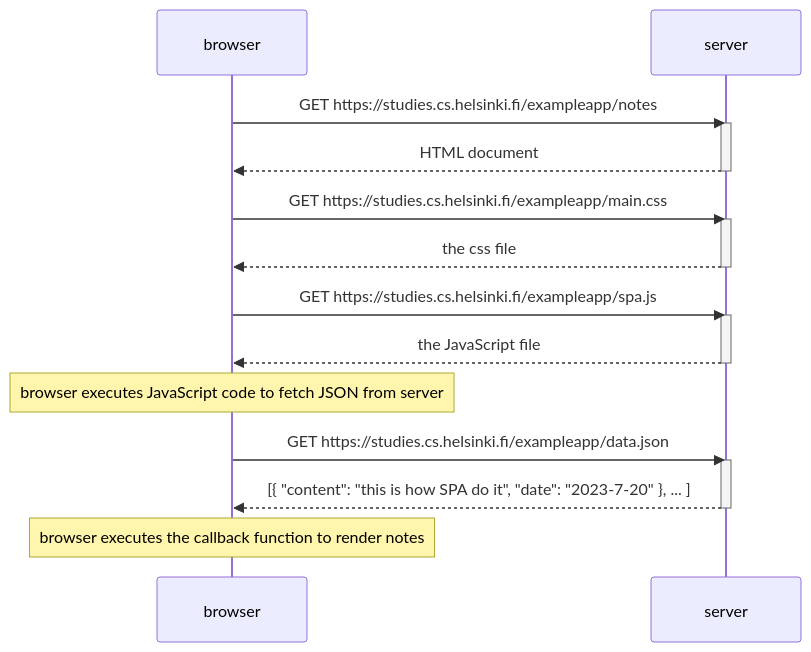
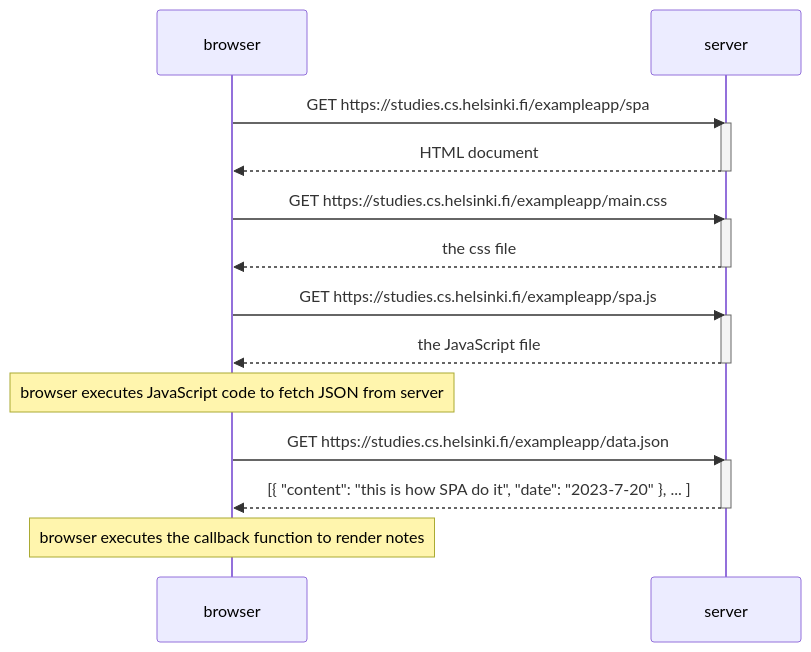
The diagram in part0/0.5_spa_diagram.md (chrisaugust/full-stack-open), drawn with Mermaid before and after one commit.

Commit message:
Fix typo in 0.5_spa_diagram

````diff
--- a/part0/0.5_spa_diagram.md
+++ b/part0/0.5_spa_diagram.md
@@ -1,30 +1,30 @@
 ```mermaid
 sequenceDiagram
     participant browser
     participant server
 
-    browser->>server: GET https://studies.cs.helsinki.fi/exampleapp/notes
+    browser->>server: GET https://studies.cs.helsinki.fi/exampleapp/spa
     activate server
     server-->>browser: HTML document
     deactivate server
 
     browser->>server: GET https://studies.cs.helsinki.fi/exampleapp/main.css
     activate server
     server-->>browser: the css file
     deactivate server
 
     browser->>server: GET https://studies.cs.helsinki.fi/exampleapp/spa.js
     activate server
     server-->>browser: the JavaScript file
     deactivate server
 
     Note over browser: browser executes JavaScript code to fetch JSON from server
 
     browser->>server: GET https://studies.cs.helsinki.fi/exampleapp/data.json
     activate server
     server-->>browser: [{ "content": "this is how SPA do it", "date": "2023-7-20" }, ... ]
     deactivate server
 
     Note over browser: browser executes the callback function to render notes
 
 ```
````
